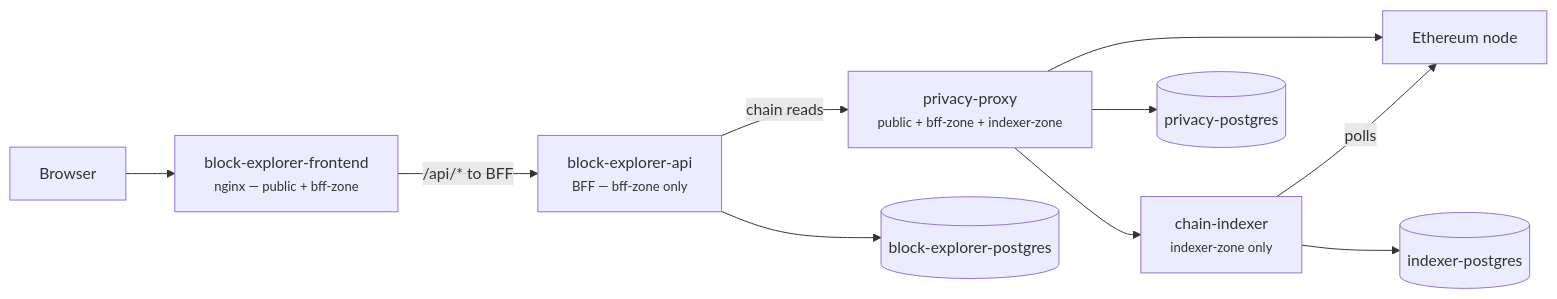
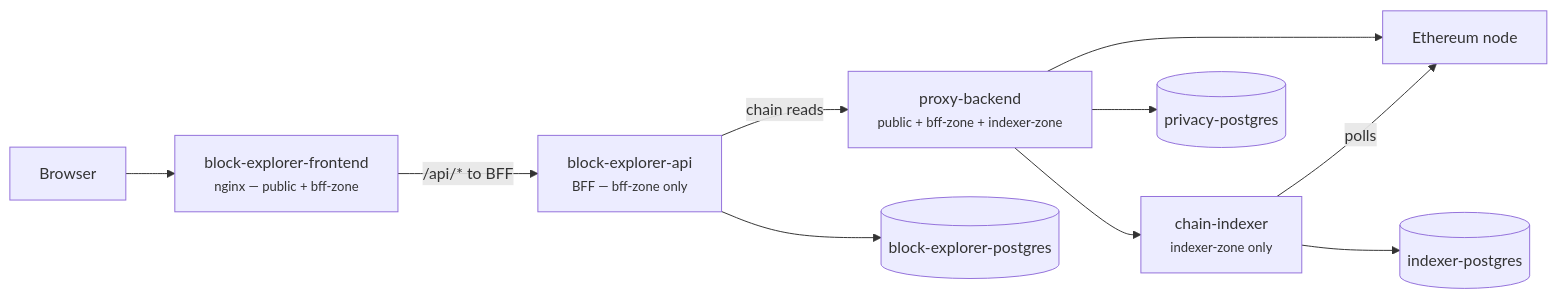
Before and after one commit to alainncls/open-privacy-suite: the third of 3 diagrams in site/src/app/docs/architecture/page.mdx, drawn with Mermaid. The commit also changed other lines of this file and 116 other files, not shown here.

````diff
--- a/site/src/app/docs/architecture/page.mdx
+++ b/site/src/app/docs/architecture/page.mdx
@@ -92,22 +92,22 @@
 ```mermaid
 graph LR
     Client[Browser]
     EXPF[block-explorer-frontend<br/><small>nginx — public + bff-zone</small>]
     BFF[block-explorer-api<br/><small>BFF — bff-zone only</small>]
-    PROXY[privacy-proxy<br/><small>public + bff-zone + indexer-zone</small>]
+    PROXY[proxy-backend<br/><small>public + bff-zone + indexer-zone</small>]
     NODE[Ethereum node]
     IDX[chain-indexer<br/><small>indexer-zone only</small>]
     EXPDB[(block-explorer-postgres)]
     IDXDB[(indexer-postgres)]
     PXDB[(privacy-postgres)]
 
     Client --> EXPF
     EXPF --"/api/* to BFF"--> BFF
     BFF --"chain reads"--> PROXY
     BFF --> EXPDB
     PROXY --> NODE
     PROXY --> IDX
     PROXY --> PXDB
     IDX --> IDXDB
     IDX --"polls"--> NODE
 ```
````
